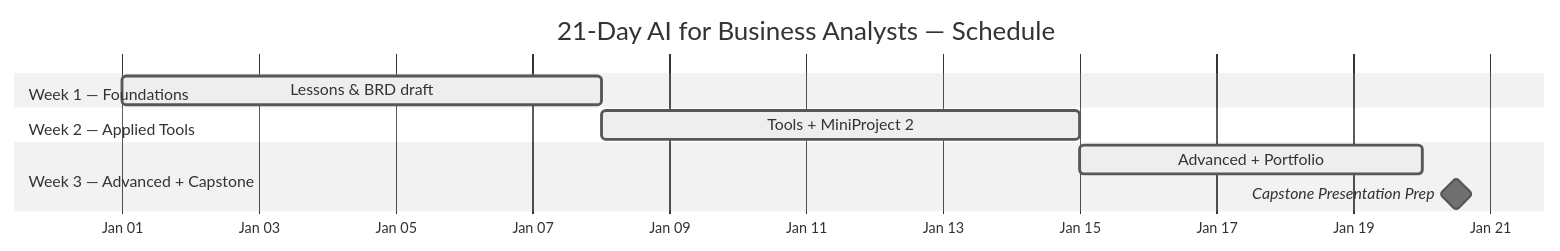
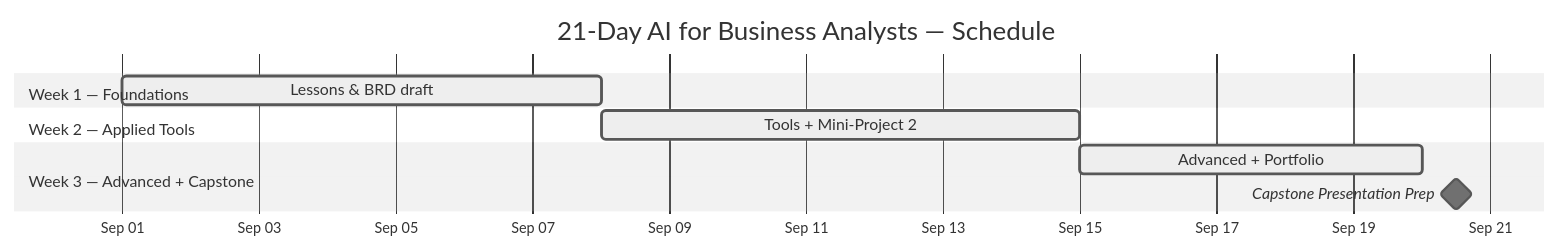
Before and after one commit to emcdo411/ai-ba-21day-accelerator: the third of 3 diagrams in README.md, drawn with Mermaid (neutral theme). The commit also changed other lines of this file, not shown here.

````diff
--- a/README.md
+++ b/README.md
@@ -213,16 +194,16 @@
 ```mermaid
 gantt
   title 21-Day AI for Business Analysts — Schedule
   dateFormat  YYYY-MM-DD
   axisFormat  %b %d
 
   section Week 1 — Foundations
-  Lessons & BRD draft        :active,  w1, 2025-01-01, 7d
+  Lessons & BRD draft        :active,  w1, 2025-09-01, 7d
 
   section Week 2 — Applied Tools
-  Tools + MiniProject 2      :active,  w2, after w1, 7d
+  Tools + Mini-Project 2     :active,  w2, after w1, 7d
 
   section Week 3 — Advanced + Capstone
   Advanced + Portfolio       :active,  w3, after w2, 5d
   Capstone Presentation Prep :milestone, cap, after w3, 1d
 ```
````
